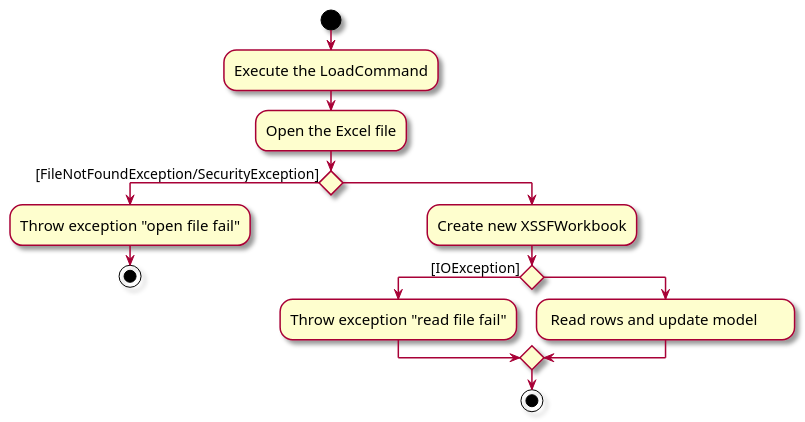
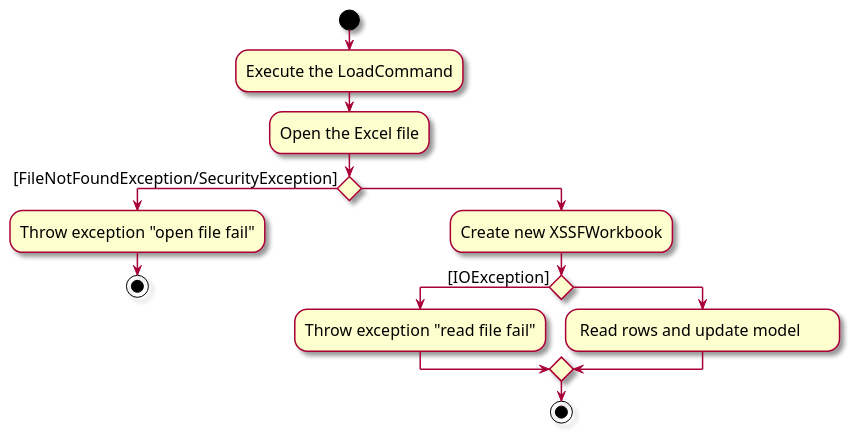
One commit to nus-cs2103-AY2324S1/tp changed the diagram in docs/diagrams/LoadCommandActivityDiagram.puml. Above: the diagram before and after it, drawn with PlantUML. The commit also changed 1 other file, not shown here.

Commit message:
Update LoadCommand diagram

```diff
--- a/docs/diagrams/LoadCommandActivityDiagram.puml
+++ b/docs/diagrams/LoadCommandActivityDiagram.puml
@@ -1,20 +1,20 @@
 @startuml
 skin rose
-skinparam ActivityFontSize 15
-skinparam ArrowFontSize 14
+skinparam ActivityFontSize 16
+skinparam ArrowFontSize 16
 
 start
 :Execute the LoadCommand;
 :Open the Excel file;
 if () then ([FileNotFoundException/SecurityException])
   :Throw exception "open file fail";
   stop
 else ()
   :Create new XSSFWorkbook;
   if () then ([IOException])
     :Throw exception "read file fail";
   else ()
     : Read rows and update model       ;
   endif
 stop
 @enduml
```
